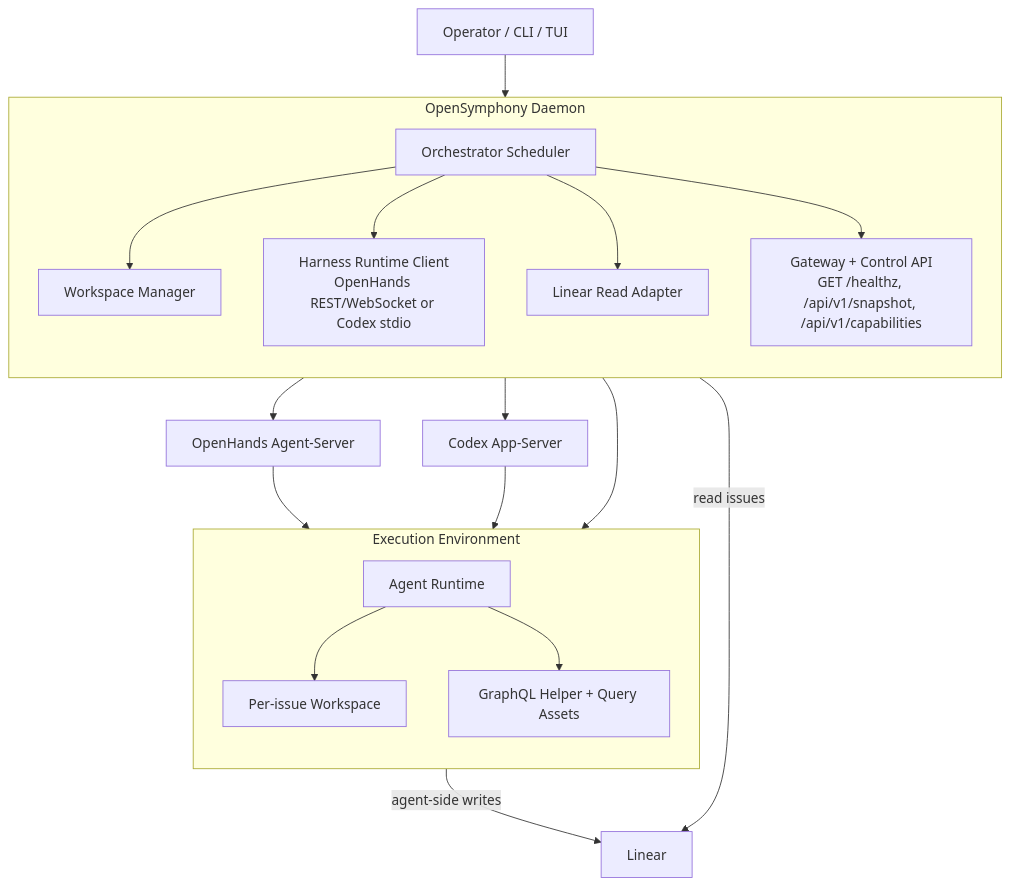
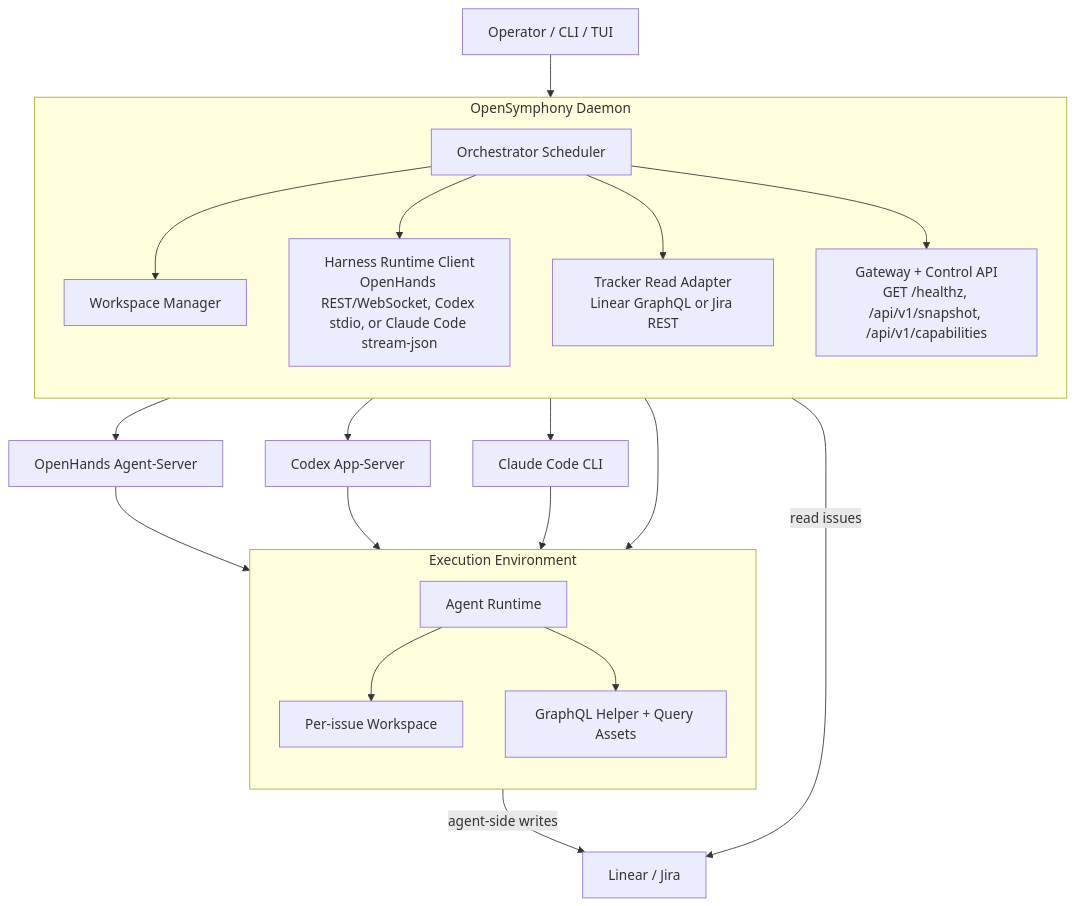
Before and after one commit to valeriikot/OpenSymphony: the diagram in README.md, drawn with Mermaid. The commit also changed other lines of this file and 10 other files, not shown here.

First line of the commit message:
feat(harness): add Claude Code CLI harness and refresh README

````diff
--- a/README.md
+++ b/README.md
@@ -311,41 +338,44 @@
 ```mermaid
 flowchart TB
     operator["Operator / CLI / TUI"]
 
     subgraph daemon["OpenSymphony Daemon"]
         direction TB
         orchestrator["Orchestrator Scheduler"]
         workspace["Workspace Manager"]
         control["Gateway + Control API<br/>GET /healthz, /api/v1/snapshot, /api/v1/capabilities"]
-        runtime["Harness Runtime Client<br/>OpenHands REST/WebSocket or Codex stdio"]
-        linear_read["Linear Read Adapter"]
+        runtime["Harness Runtime Client<br/>OpenHands REST/WebSocket, Codex stdio, or Claude Code stream-json"]
+        linear_read["Tracker Read Adapter<br/>Linear GraphQL or Jira REST"]
 
         orchestrator --> workspace
         orchestrator --> runtime
         orchestrator --> linear_read
         orchestrator --> control
     end
 
     subgraph execution["Execution Environment"]
         direction TB
         issue_ws["Per-issue Workspace"]
         agent["Agent Runtime"]
         graphql["GraphQL Helper + Query Assets"]
 
         agent --> issue_ws
         agent --> graphql
     end
 
-    linear["Linear"]
+    linear["Linear / Jira"]
     openhands["OpenHands Agent-Server"]
     codex["Codex App-Server"]
+    claude["Claude Code CLI"]
 
     operator --> control
     workspace --> issue_ws
     runtime --> openhands
     runtime --> codex
+    runtime --> claude
     openhands --> agent
     codex --> agent
+    claude --> agent
     linear_read -->|read issues| linear
     graphql -->|agent-side writes| linear
 ```
````
